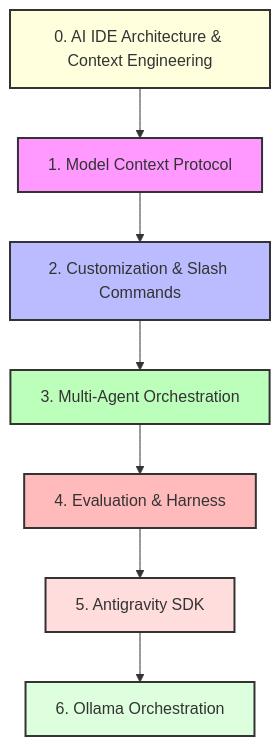
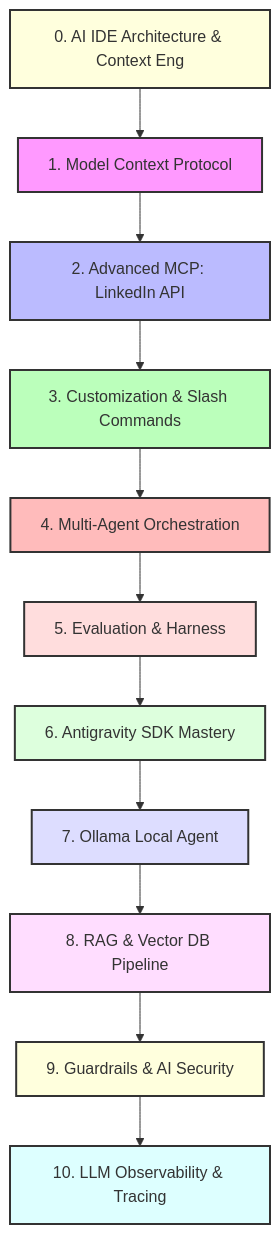
The diagram in curriculum.md (eooiea/AI-Engineering), drawn with Mermaid before and after one commit. The commit also changed other lines of this file and 10 other files, not shown here.

First line of the commit message:
refactor: Module 2 Advanced MCP(LinkedIn) 신설 및 교재 번호(Module 0~10) 일괄 재정렬

````diff
--- a/curriculum.md
+++ b/curriculum.md
@@ -11,16 +11,25 @@
 ```mermaid
 graph TD
-    M0[0. AI IDE Architecture & Context Engineering] --> M1[1. Model Context Protocol]
-    M1 --> M2[2. Customization & Slash Commands]
-    M2 --> M3[3. Multi-Agent Orchestration]
-    M3 --> M4[4. Evaluation & Harness]
-    M4 --> M5[5. Antigravity SDK]
-    M5 --> M6[6. Ollama Orchestration]
+    M0[0. AI IDE Architecture & Context Eng] --> M1[1. Model Context Protocol]
+    M1 --> M2[2. Advanced MCP: LinkedIn API]
+    M2 --> M3[3. Customization & Slash Commands]
+    M3 --> M4[4. Multi-Agent Orchestration]
+    M4 --> M5[5. Evaluation & Harness]
+    M5 --> M6[6. Antigravity SDK Mastery]
+    M6 --> M7[7. Ollama Local Agent]
+    M7 --> M8[8. RAG & Vector DB Pipeline]
+    M8 --> M9[9. Guardrails & AI Security]
+    M9 --> M10[10. LLM Observability & Tracing]
+    
     style M0 fill:#ffd,stroke:#333,stroke-width:2px
     style M1 fill:#f9f,stroke:#333,stroke-width:2px
     style M2 fill:#bbf,stroke:#333,stroke-width:2px
     style M3 fill:#bfb,stroke:#333,stroke-width:2px
     style M4 fill:#fbb,stroke:#333,stroke-width:2px
     style M5 fill:#fdd,stroke:#333,stroke-width:2px
     style M6 fill:#dfd,stroke:#333,stroke-width:2px
+    style M7 fill:#ddf,stroke:#333,stroke-width:2px
+    style M8 fill:#fdf,stroke:#333,stroke-width:2px
+    style M9 fill:#ffd,stroke:#333,stroke-width:2px
+    style M10 fill:#dff,stroke:#333,stroke-width:2px
 ```
````
